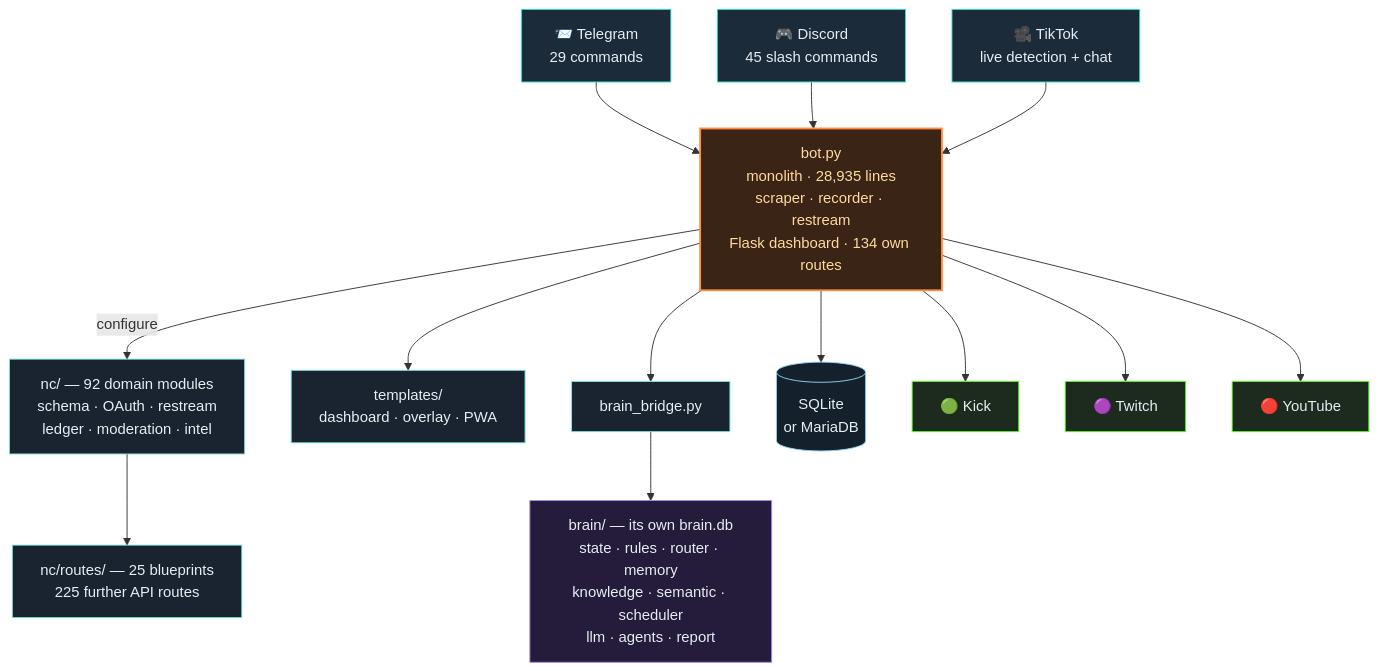
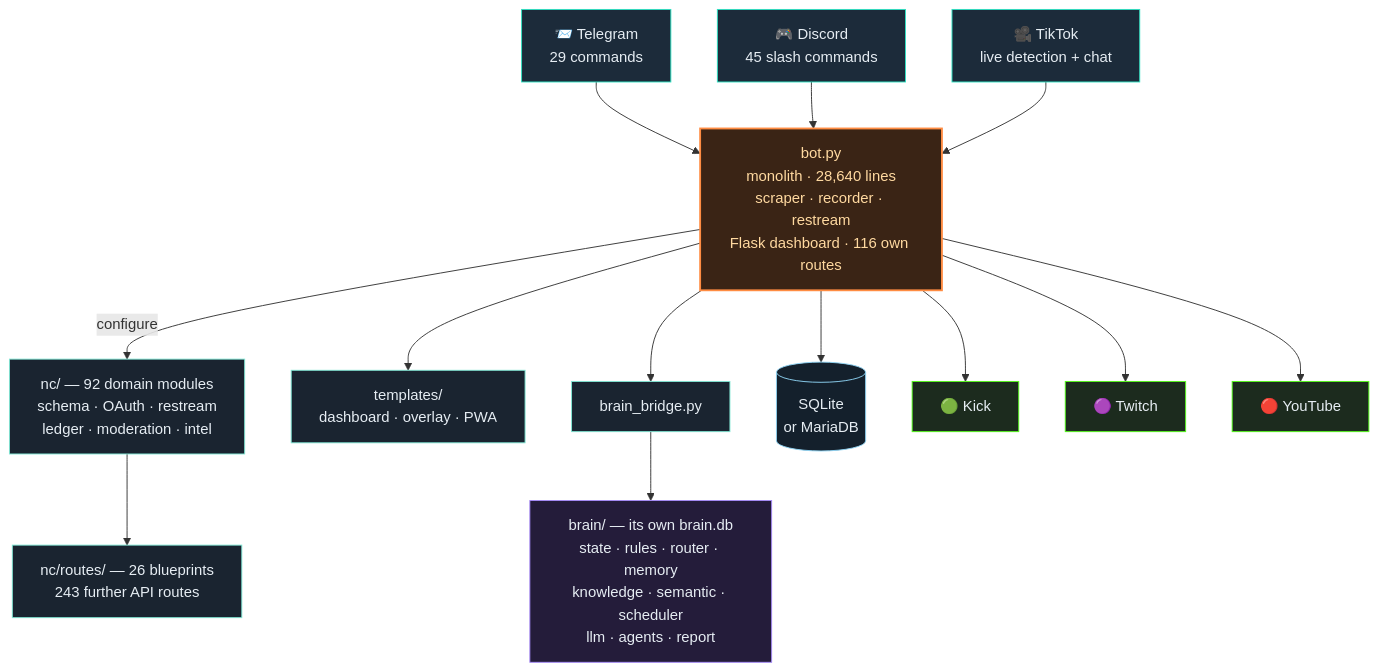
One commit to itsamemedev/Telegram-Stream-Info-Bot changed the third of 4 diagrams in README.en.md. Above: the diagram before and after it, drawn with Mermaid. The commit also changed other lines of this file and 16 other files, not shown here.

First line of the commit message:
/api/azrael als Blueprint, Stimme und Whisper gelöst, Katalog reicht in die Blueprints (v4.1 W19)

````diff
--- a/README.en.md
+++ b/README.en.md
@@ -190,30 +190,30 @@
 ```mermaid
 flowchart TB
     TG["📨 Telegram<br/>29 commands"]:::ein
     DC["🎮 Discord<br/>45 slash commands"]:::ein
     TT["🎥 TikTok<br/>live detection + chat"]:::ein
 
     TG --> BOT
     DC --> BOT
     TT --> BOT
 
-    BOT["bot.py<br/>monolith · 28,935 lines<br/>scraper · recorder · restream<br/>Flask dashboard · 134 own routes"]:::core
+    BOT["bot.py<br/>monolith · 28,640 lines<br/>scraper · recorder · restream<br/>Flask dashboard · 116 own routes"]:::core
 
     BOT -->|configure| NC["nc/ — 92 domain modules<br/>schema · OAuth · restream<br/>ledger · moderation · intel"]:::lib
-    NC --> RT["nc/routes/ — 25 blueprints<br/>225 further API routes"]:::lib
+    NC --> RT["nc/routes/ — 26 blueprints<br/>243 further API routes"]:::lib
     BOT --> TPL["templates/<br/>dashboard · overlay · PWA"]:::lib
     BOT --> BR["brain_bridge.py"]:::lib
     BR --> BRAIN["brain/ — its own brain.db<br/>state · rules · router · memory<br/>knowledge · semantic · scheduler<br/>llm · agents · report"]:::brain
     BOT --> DB[("SQLite<br/>or MariaDB")]:::db
 
     BOT --> KICK["🟢 Kick"]:::out
     BOT --> TW["🟣 Twitch"]:::out
     BOT --> YT["🔴 YouTube"]:::out
 
     classDef ein fill:#1c2b3a,stroke:#2de1c2,color:#e6edf3
     classDef core fill:#3a2415,stroke:#ff8c42,stroke-width:2px,color:#ffd9a0
     classDef lib fill:#1a2430,stroke:#7fe7d4,color:#e6edf3
     classDef brain fill:#241c3a,stroke:#a78bfa,color:#e6edf3
     classDef db fill:#14202c,stroke:#8fd3f4,color:#e6edf3
     classDef out fill:#1c2b1e,stroke:#53fc18,color:#e6edf3
 ```
````
